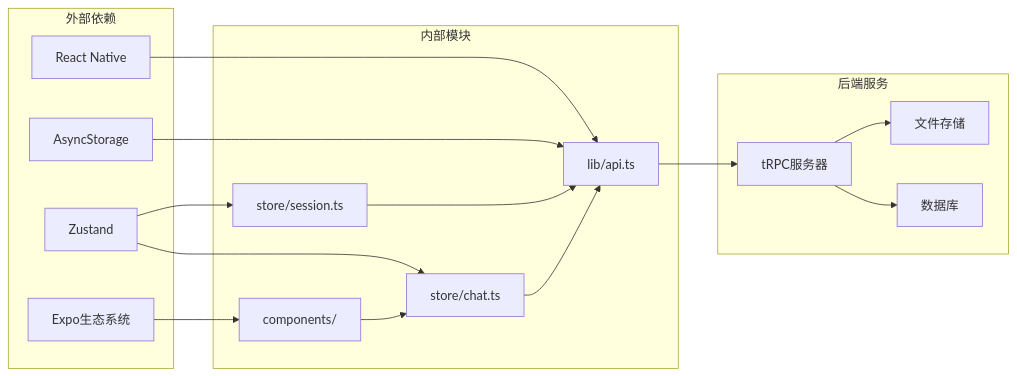
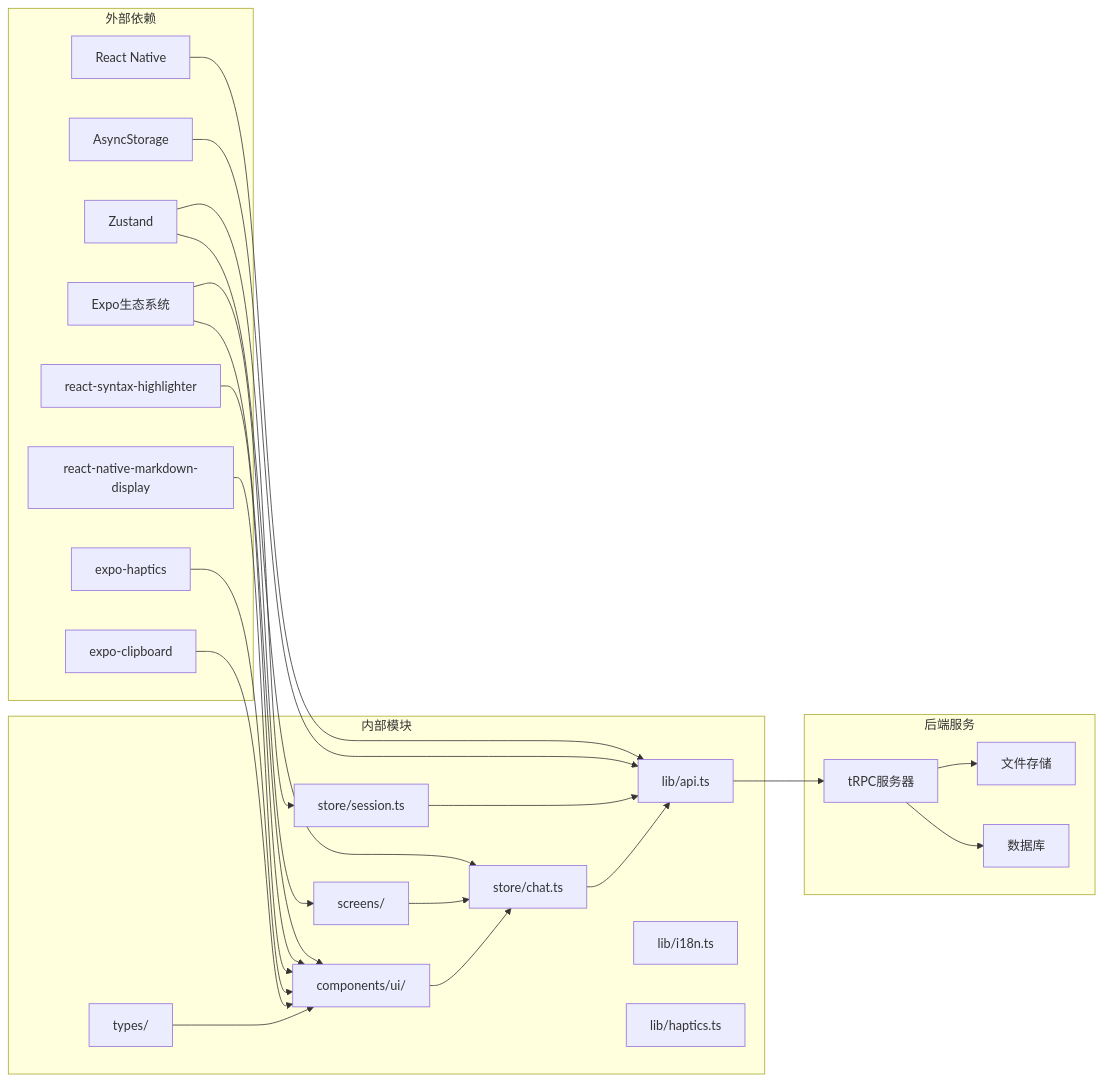
Before and after one commit to AvatoLabs/avato: diagram 11 of 12 in .qoder/repowiki/zh/content/核心功能模块/API 服务层/移动端API服务层.md, drawn with Mermaid. The commit also changed other lines of this file and 7 other files, not shown here.

````diff
--- a/.qoder/repowiki/zh/content/核心功能模块/API 服务层/移动端API服务层.md
+++ b/.qoder/repowiki/zh/content/核心功能模块/API 服务层/移动端API服务层.md
@@ -306,31 +455,46 @@
 ```mermaid
 graph LR
 subgraph "外部依赖"
 A[React Native]
 B[AsyncStorage]
 C[Zustand]
 D[Expo生态系统]
+E[react-syntax-highlighter]
+F[react-native-markdown-display]
+G[expo-haptics]
+H[expo-clipboard]
 end
 subgraph "内部模块"
-E[lib/api.ts]
-F[store/chat.ts]
-G[store/session.ts]
-H[components/]
+I[lib/api.ts]
+J[lib/i18n.ts]
+K[lib/haptics.ts]
+L[store/chat.ts]
+M[store/session.ts]
+N[components/ui/]
+O[screens/]
+P[types/]
 end
 subgraph "后端服务"
-I[tRPC服务器]
-J[数据库]
-K[文件存储]
+Q[tRPC服务器]
+R[数据库]
+S[文件存储]
 end
-A --> E
-B --> E
-C --> F
-C --> G
-D --> H
-E --> I
-F --> E
-G --> E
-H --> F
-I --> J
-I --> K
+A --> I
+B --> I
+C --> L
+C --> M
+D --> N
+D --> O
+I --> Q
+L --> I
+M --> I
+N --> L
+O --> L
+P --> N
+Q --> R
+Q --> S
+E --> N
+F --> N
+G --> N
+H --> N
 ```
````
